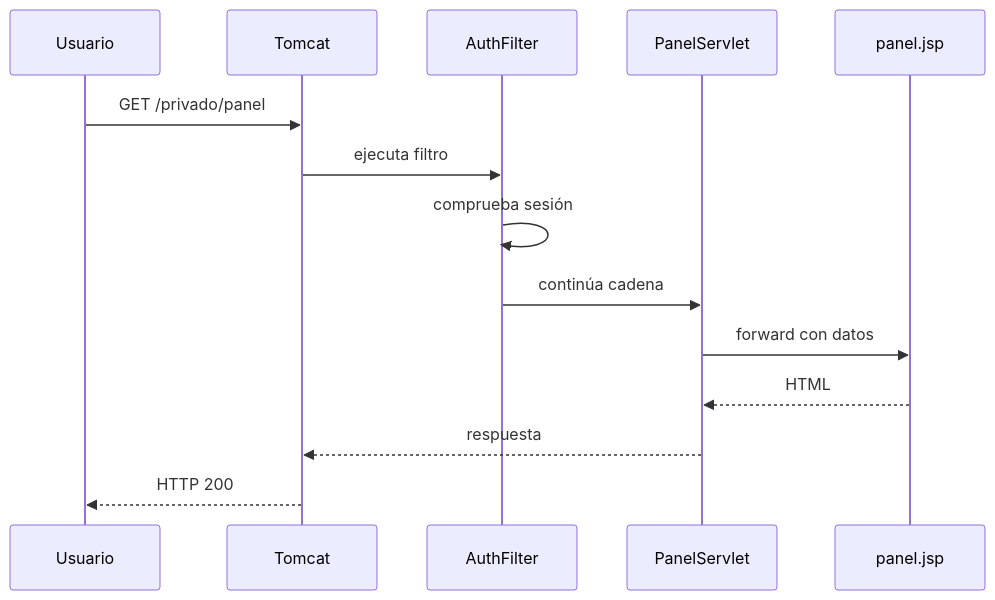
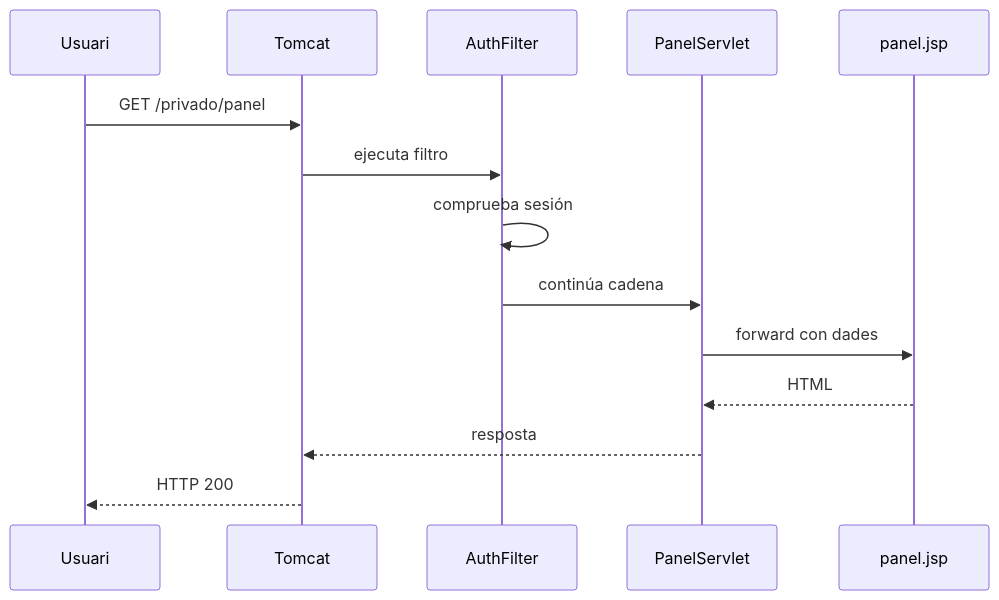
Before and after one commit to jordicido/jordicina: the seventh of 8 diagrams in docs/daw-daw/up3/05-componentes-web.md, drawn with Mermaid. The commit also changed other lines of this file and 10 other files, not shown here.

````diff
--- a/docs/daw-daw/up3/05-componentes-web.md
+++ b/docs/daw-daw/up3/05-componentes-web.md
@@ -405,17 +405,17 @@
 ```mermaid
 sequenceDiagram
-    participant U as Usuario
+    participant U as Usuari
     participant T as Tomcat
     participant F as AuthFilter
     participant S as PanelServlet
     participant J as panel.jsp
 
     U->>T: GET /privado/panel
     T->>F: ejecuta filtro
     F->>F: comprueba sesión
     F->>S: continúa cadena
-    S->>J: forward con datos
+    S->>J: forward con dades
     J-->>S: HTML
-    S-->>T: respuesta
+    S-->>T: resposta
     T-->>U: HTTP 200
 ```
````
